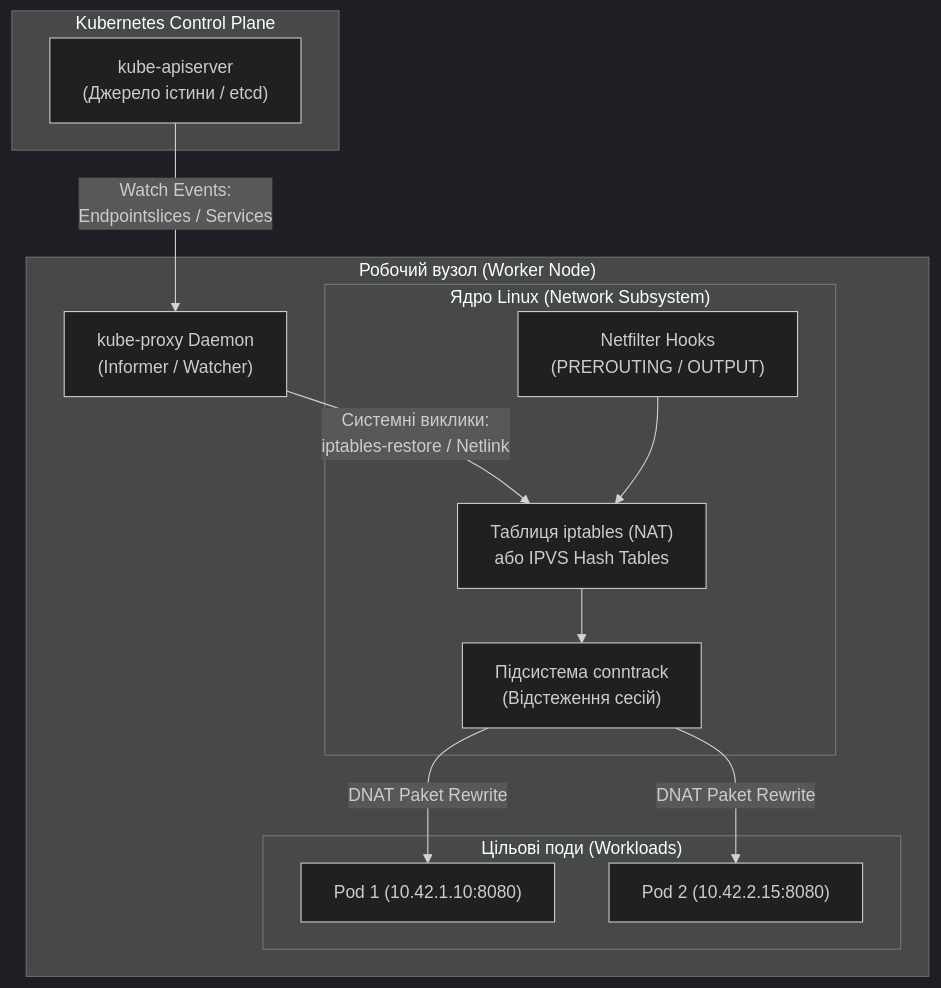
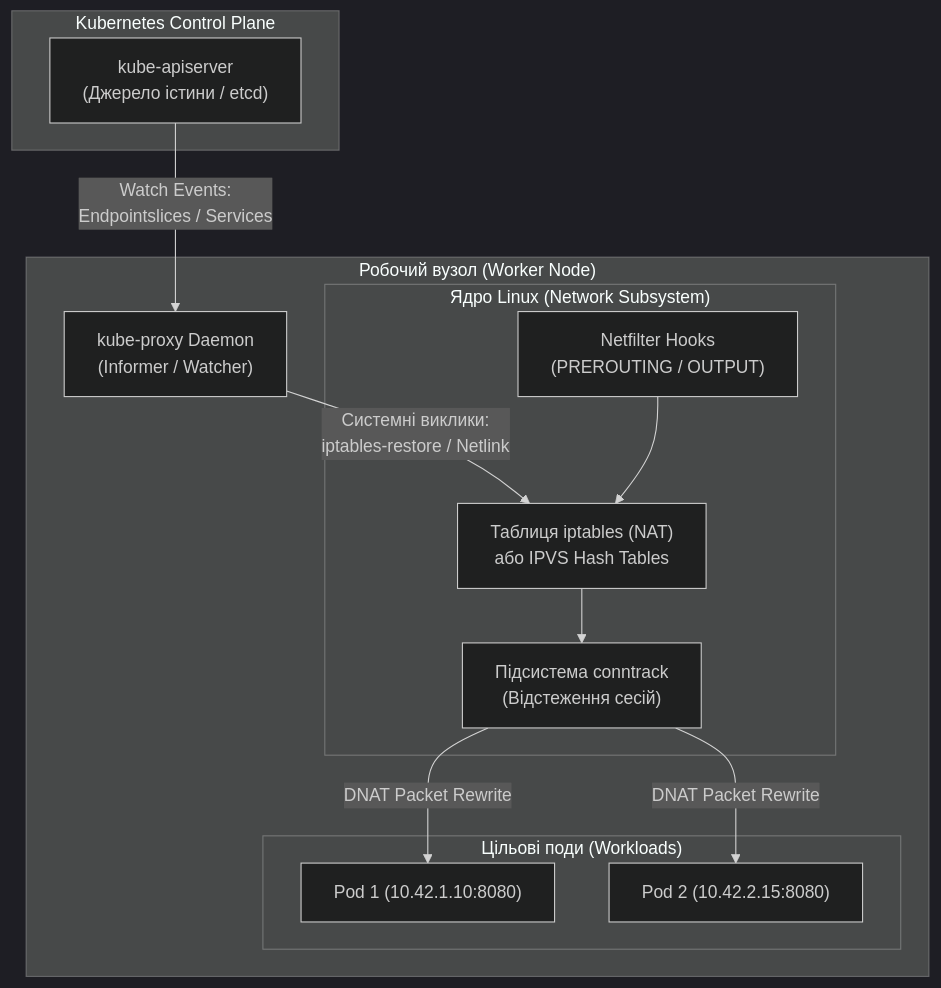
The first of 6 diagrams in _posts/2026-10-07-kube-proxy-load-balancing.md (Olezha/OlehShklyar), drawn with Mermaid (dark theme) before and after one commit. The commit also changed other lines of this file, not shown here.

````diff
--- a/_posts/2026-10-07-kube-proxy-load-balancing.md
+++ b/_posts/2026-10-07-kube-proxy-load-balancing.md
@@ -58,27 +59,27 @@
 ```mermaid
 flowchart TD
     subgraph ControlPlane["Kubernetes Control Plane"]
         API["kube-apiserver\n(Джерело істини / etcd)"]
     end
 
     subgraph Node["Робочий вузол (Worker Node)"]
         KP["kube-proxy Daemon\n(Informer / Watcher)"]
         
         subgraph LinuxKernel["Ядро Linux (Network Subsystem)"]
             NETFILTER["Netfilter Hooks\n(PREROUTING / OUTPUT)"]
             IPTABLES["Таблиця iptables (NAT)\nабо IPVS Hash Tables"]
             CONNTRACK["Підсистема conntrack\n(Відстеження сесій)"]
         end
         
         subgraph Pods["Цільові поди (Workloads)"]
             POD1["Pod 1 (10.42.1.10:8080)"]
             POD2["Pod 2 (10.42.2.15:8080)"]
         end
     end
 
     API -->|"Watch Events:\nEndpointslices / Services"| KP
     KP -->|"Системні виклики:\niptables-restore / Netlink"| IPTABLES
     NETFILTER --> IPTABLES
     IPTABLES --> CONNTRACK
-    CONNTRACK -->|"DNAT Paket Rewrite"| POD1 & POD2
+    CONNTRACK -->|"DNAT Packet Rewrite"| POD1 & POD2
 ```
````
